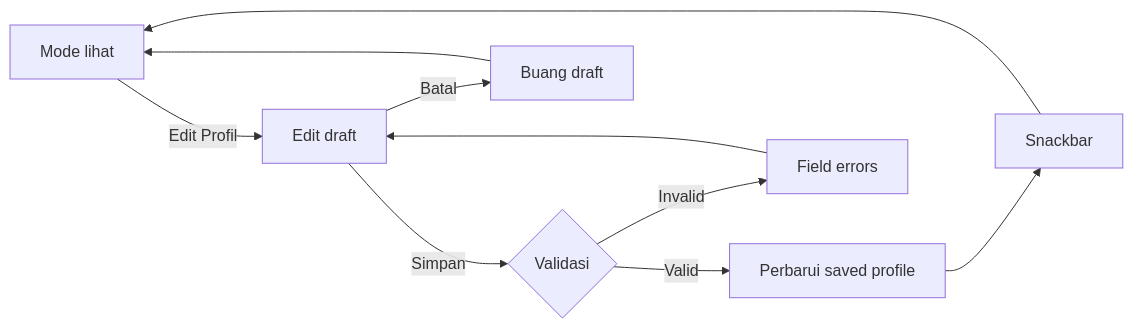
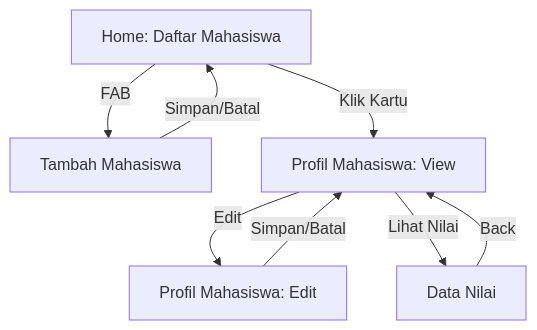
One commit to hanzy-dev/profil-mahasiswa-compose changed the diagram in README.md. Above: the diagram before and after it, drawn with Mermaid. The commit also changed other lines of this file and 52 other files, not shown here.

````diff
--- a/README.md
+++ b/README.md
@@ -123,12 +55,10 @@
 ```mermaid
-flowchart LR
-    A[Mode lihat] -->|Edit Profil| B[Edit draft]
-    B -->|Simpan| C{Validasi}
-    C -->|Valid| D[Perbarui saved profile]
-    D --> E[Snackbar]
-    E --> A
-    C -->|Invalid| F[Field errors]
-    F --> B
-    B -->|Batal| G[Buang draft]
-    G --> A
+graph TD
+    A[Home: Daftar Mahasiswa] -->|FAB| B[Tambah Mahasiswa]
+    A -->|Klik Kartu| C[Profil Mahasiswa: View]
+    B -->|Simpan/Batal| A
+    C -->|Edit| D[Profil Mahasiswa: Edit]
+    D -->|Simpan/Batal| C
+    C -->|Lihat Nilai| E[Data Nilai]
+    E -->|Back| C
 ```
````
